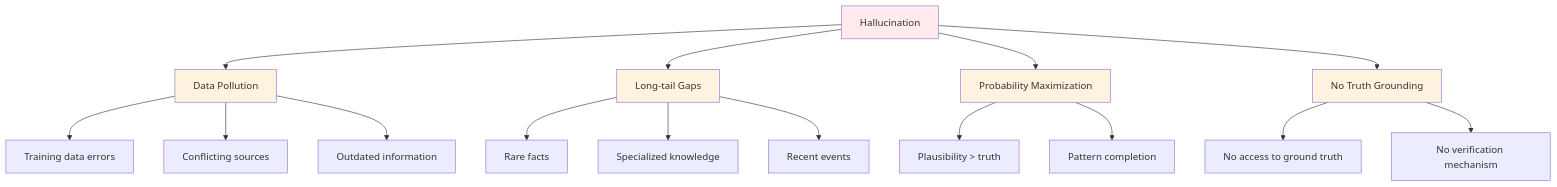
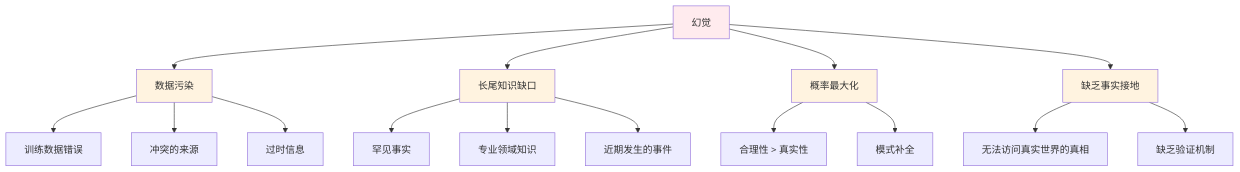
Before and after one commit to YiWang24/AiDIY: the diagram in i18n/zh-Hans/docusaurus-plugin-content-docs/current/ai/llm-fundamentals/06-limitations.mdx, drawn with Mermaid. The commit also changed other lines of this file and 59 other files, not shown here.

````diff
--- a/i18n/zh-Hans/docusaurus-plugin-content-docs/current/ai/llm-fundamentals/06-limitations.mdx
+++ b/i18n/zh-Hans/docusaurus-plugin-content-docs/current/ai/llm-fundamentals/06-limitations.mdx
@@ -94,27 +94,27 @@
 ```mermaid
 flowchart TD
-    A[Hallucination] --> B[Data Pollution]
-    A --> C[Long-tail Gaps]
-    A --> D[Probability Maximization]
-    A --> E[No Truth Grounding]
+    A[幻觉] --> B[数据污染]
+    A --> C[长尾知识缺口]
+    A --> D[概率最大化]
+    A --> E[缺乏事实接地]
 
-    B --> B1[Training data errors]
-    B --> B2[Conflicting sources]
-    B --> B3[Outdated information]
+    B --> B1[训练数据错误]
+    B --> B2[冲突的来源]
+    B --> B3[过时信息]
 
-    C --> C1[Rare facts]
-    C --> C2[Specialized knowledge]
-    C --> C3[Recent events]
+    C --> C1[罕见事实]
+    C --> C2[专业领域知识]
+    C --> C3[近期发生的事件]
 
-    D --> D1[Plausibility > truth]
-    D --> D2[Pattern completion]
+    D --> D1[合理性 > 真实性]
+    D --> D2[模式补全]
 
-    E --> E1[No access to ground truth]
-    E --> E2[No verification mechanism]
+    E --> E1[无法访问真实世界的真相]
+    E --> E2[缺乏验证机制]
 
     style A fill:#ffebee
     style B fill:#fff3e0
     style C fill:#fff3e0
     style D fill:#fff3e0
     style E fill:#fff3e0
 ```
````
